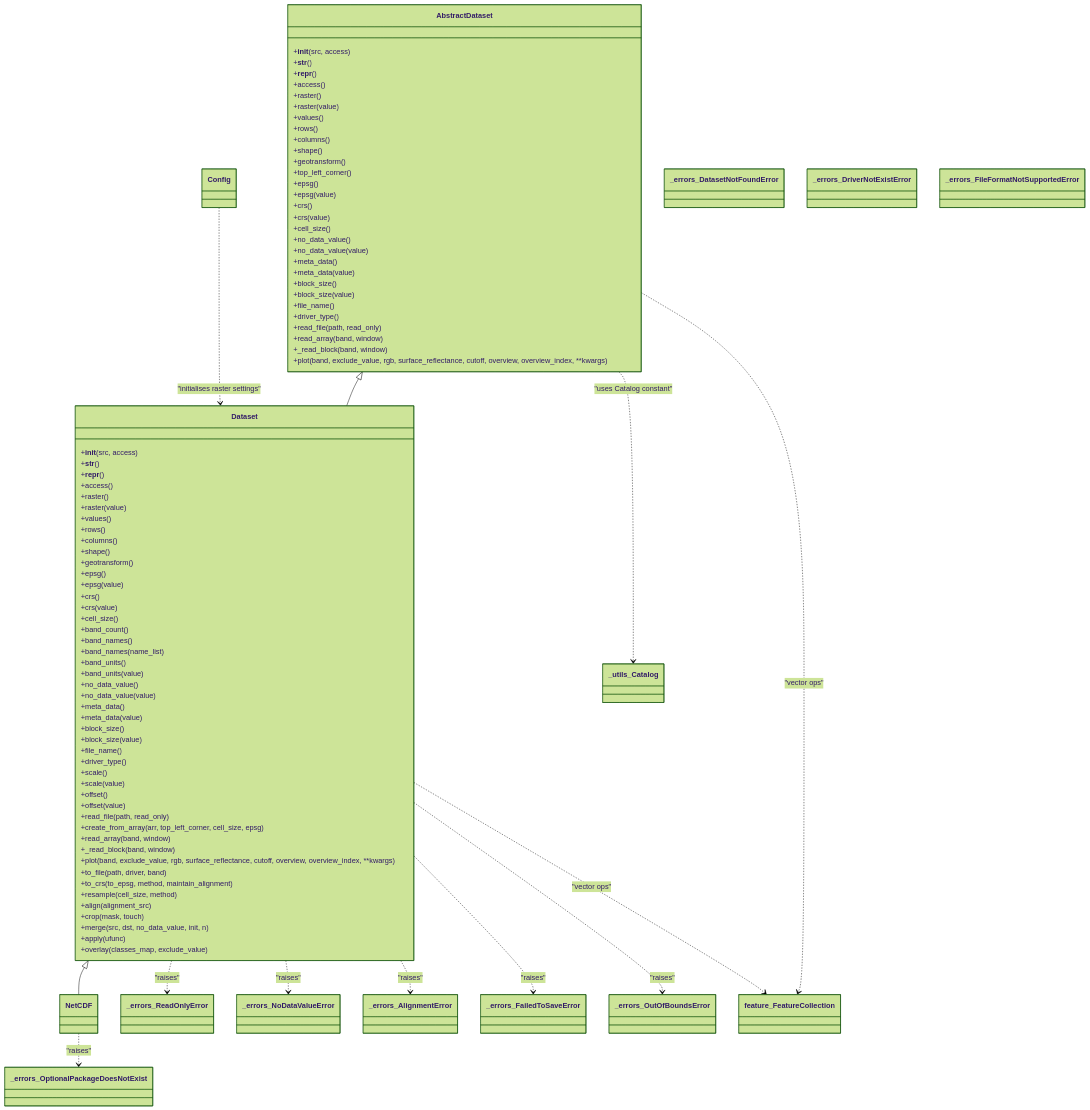
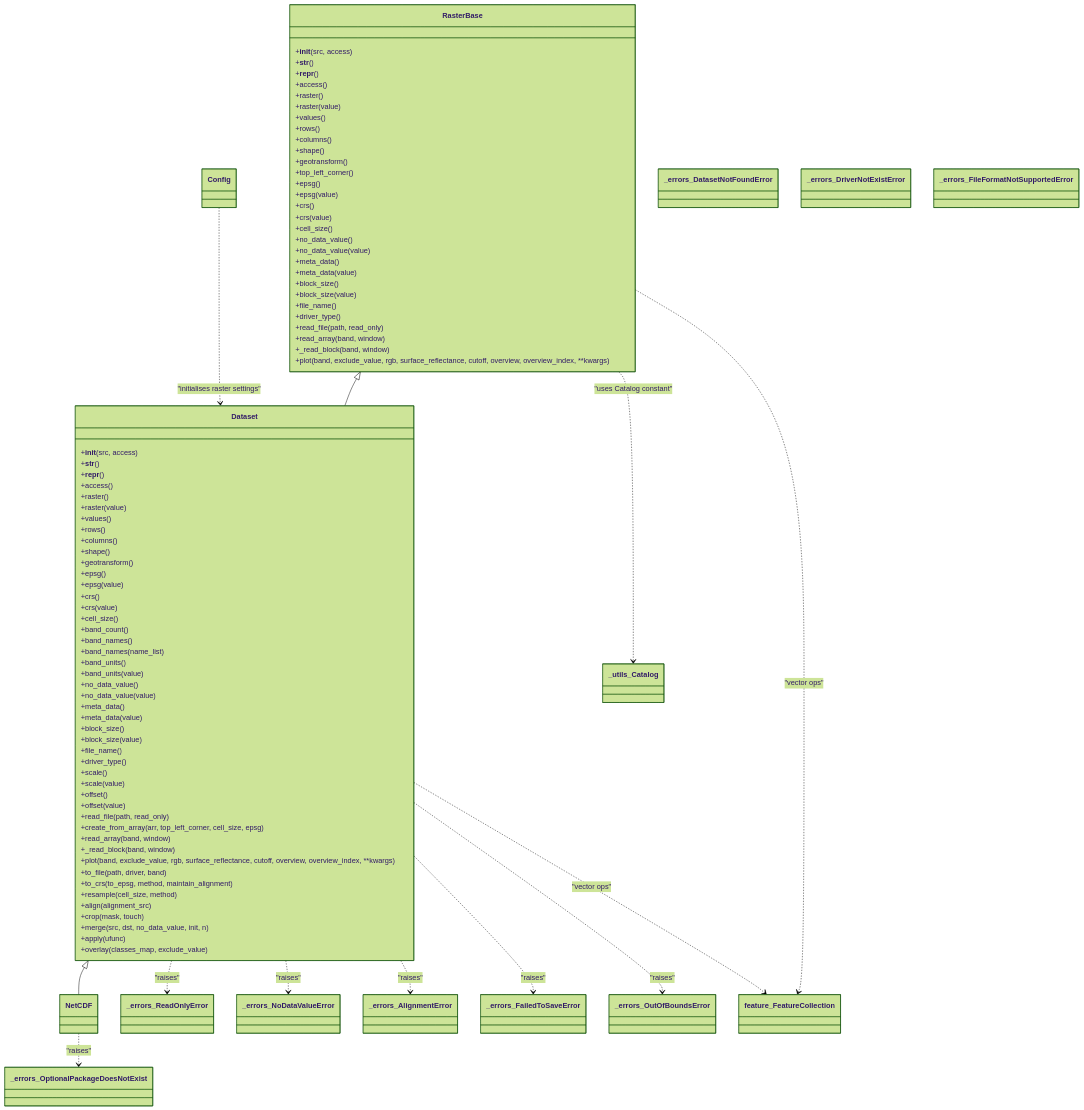
Before and after one commit to Serapieum-of-alex/pyramids: the first of 2 diagrams in docs/reference/dataset/index.md, drawn with Mermaid (forest theme). The commit also changed 17 other files, not shown here.

First line of the commit message:
S3.3: Rename AbstractDataset → RasterBase

```diff
--- a/docs/reference/dataset/index.md
+++ b/docs/reference/dataset/index.md
@@ -9,7 +9,7 @@
     }
 
     %% abstract base class for rasters
-    class AbstractDataset {
+    class RasterBase {
         +__init__(src, access)
         +__str__()
         +__repr__()
@@ -113,12 +113,12 @@
     class _errors_OutOfBoundsError
 
     %% inheritance relations
-    AbstractDataset <|-- Dataset
+    RasterBase <|-- Dataset
     Dataset <|-- NetCDF
 
     %% composition/usage relations
-    AbstractDataset ..> _utils_Catalog : "uses Catalog constant"
-    AbstractDataset ..> feature_FeatureCollection : "vector ops"
+    RasterBase ..> _utils_Catalog : "uses Catalog constant"
+    RasterBase ..> feature_FeatureCollection : "vector ops"
     Dataset ..> feature_FeatureCollection : "vector ops"
     Dataset ..> _errors_ReadOnlyError : "raises"
     Dataset ..> _errors_AlignmentError : "raises"
```
